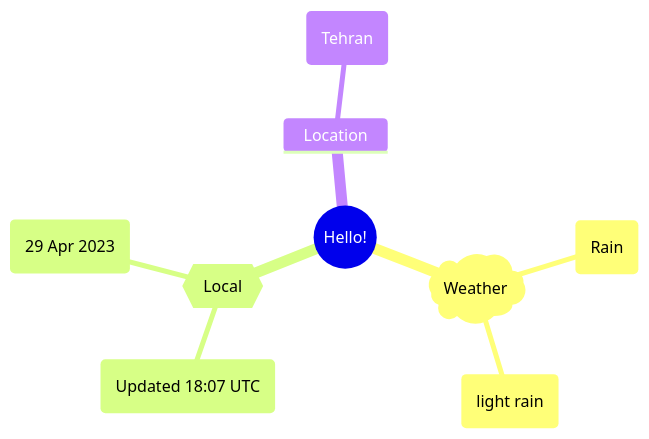
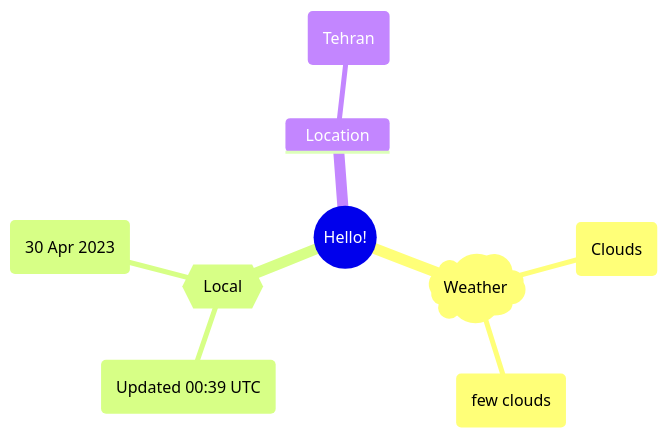
The first of 2 diagrams in README.md (Xosrov/Xosrov), drawn with Mermaid before and after one commit.

Commit message:
[bot] updated images

````diff
--- a/README.md
+++ b/README.md
@@ -3,12 +3,12 @@
 ```mermaid
 mindmap
   root((Hello!))
     )Weather(
-        (Rain)
-        (light rain)
+        (Clouds)
+        (few clouds)
     {{Local}}
-        (Updated 18:07 UTC)
-        (29 Apr 2023)
+        (Updated 00:39 UTC)
+        (30 Apr 2023)
     Location
         (Tehran)
 ```
````
